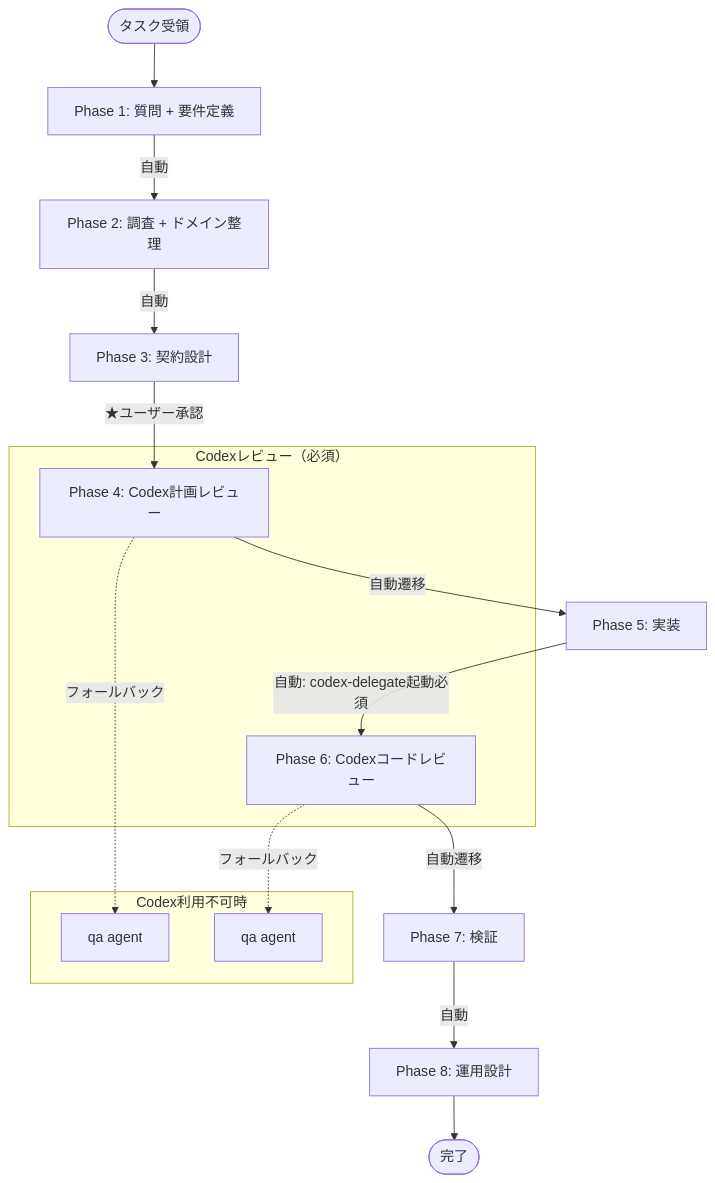
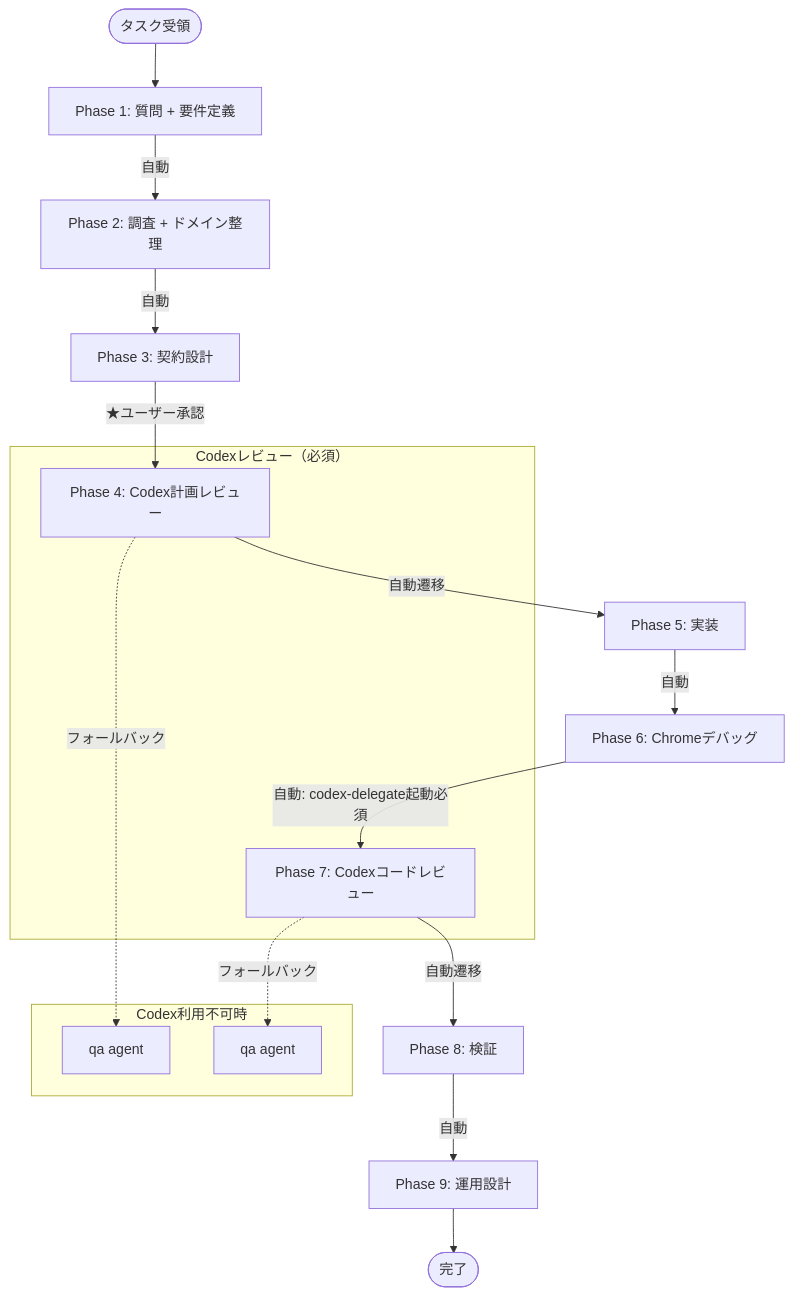
One commit to tasai-lab/fractal-dev-workflow changed the first of 10 diagrams in docs/workflow-flow.md. Above: the diagram before and after it, drawn with Mermaid. The commit also changed other lines of this file and 14 other files, not shown here.

````diff
--- a/docs/workflow-flow.md
+++ b/docs/workflow-flow.md
@@ -9,22 +9,23 @@
 ```mermaid
 flowchart TD
     START([タスク受領]) --> Q[Phase 1: 質問 + 要件定義]
     Q -->|自動| INV[Phase 2: 調査 + ドメイン整理]
     INV -->|自動| DES[Phase 3: 契約設計]
     DES -->|★ユーザー承認| CR1[Phase 4: Codex計画レビュー]
     CR1 -->|自動遷移| IMP[Phase 5: 実装]
-    IMP -->|自動: codex-delegate起動必須| CR2[Phase 6: Codexコードレビュー]
-    CR2 -->|自動遷移| VER[Phase 7: 検証]
-    VER -->|自動| OPS[Phase 8: 運用設計]
+    IMP -->|自動| DBG[Phase 6: Chromeデバッグ]
+    DBG -->|自動: codex-delegate起動必須| CR2[Phase 7: Codexコードレビュー]
+    CR2 -->|自動遷移| VER[Phase 8: 検証]
+    VER -->|自動| OPS[Phase 9: 運用設計]
     OPS --> END([完了])
 
     subgraph "Codexレビュー（必須）"
         CR1
         CR2
     end
 
     subgraph "Codex利用不可時"
         CR1 -.->|フォールバック| QA1[qa agent]
         CR2 -.->|フォールバック| QA2[qa agent]
     end
 ```
````
